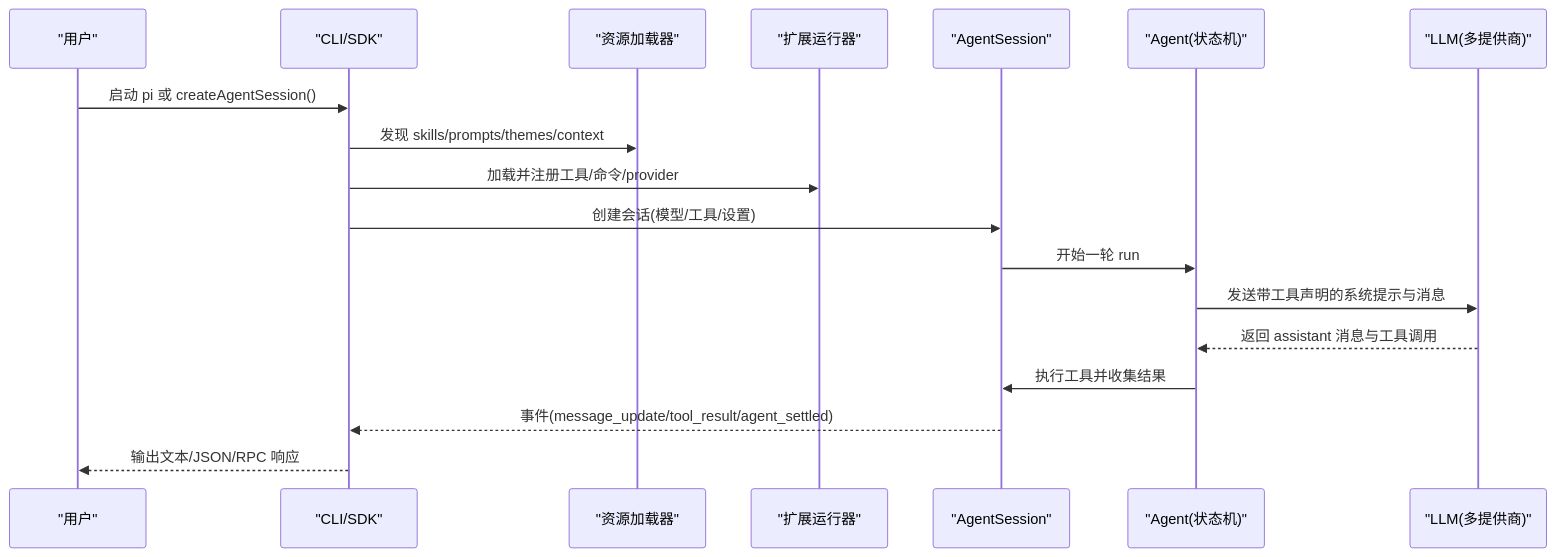
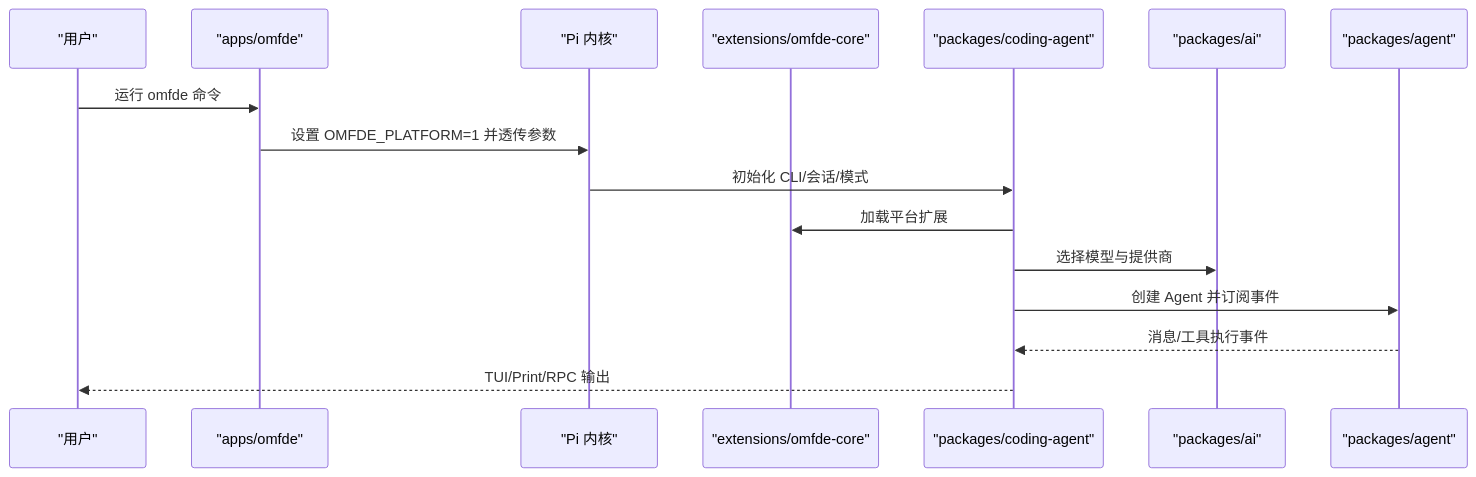
One commit to FDE-GROUP/oh-my-coding-agent changed the second of 8 diagrams in .qoder/repowiki/zh/content/项目概述/项目概述.md. Above: the diagram before and after it, drawn with Mermaid. The commit also changed other lines of this file and 755 other files, not shown here.

````diff
--- a/.qoder/repowiki/zh/content/项目概述/项目概述.md
+++ b/.qoder/repowiki/zh/content/项目概述/项目概述.md
@@ -106,20 +103,18 @@
 ```mermaid
 sequenceDiagram
 participant User as "用户"
-participant CLI as "CLI/SDK"
-participant Loader as "资源加载器"
-participant Ext as "扩展运行器"
-participant Sess as "AgentSession"
-participant Agent as "Agent(状态机)"
-participant Model as "LLM(多提供商)"
-User->>CLI : 启动 pi 或 createAgentSession()
-CLI->>Loader : 发现 skills/prompts/themes/context
-CLI->>Ext : 加载并注册工具/命令/provider
-CLI->>Sess : 创建会话(模型/工具/设置)
-Sess->>Agent : 开始一轮 run
-Agent->>Model : 发送带工具声明的系统提示与消息
-Model-->>Agent : 返回 assistant 消息与工具调用
-Agent->>Sess : 执行工具并收集结果
-Sess-->>CLI : 事件(message_update/tool_result/agent_settled)
-CLI-->>User : 输出文本/JSON/RPC 响应
+participant App as "apps/omfde"
+participant PI as "Pi 内核"
+participant Ext as "extensions/omfde-core"
+participant CA as "packages/coding-agent"
+participant AI as "packages/ai"
+participant AG as "packages/agent"
+User->>App : 运行 omfde 命令
+App->>PI : 设置 OMFDE_PLATFORM=1 并透传参数
+PI->>CA : 初始化 CLI/会话/模式
+CA->>Ext : 加载平台扩展
+CA->>AI : 选择模型与提供商
+CA->>AG : 创建 Agent 并订阅事件
+AG-->>CA : 消息/工具执行事件
+CA-->>User : TUI/Print/RPC 输出
 ```
````
